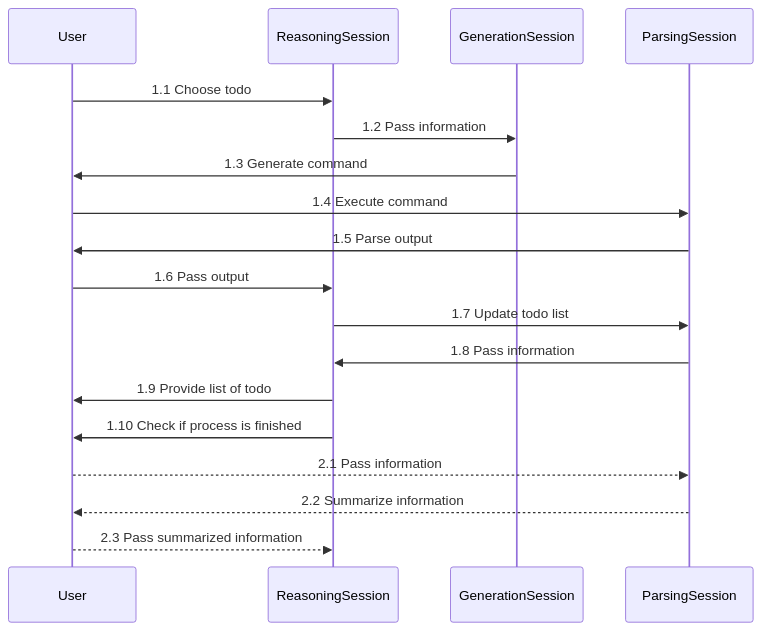
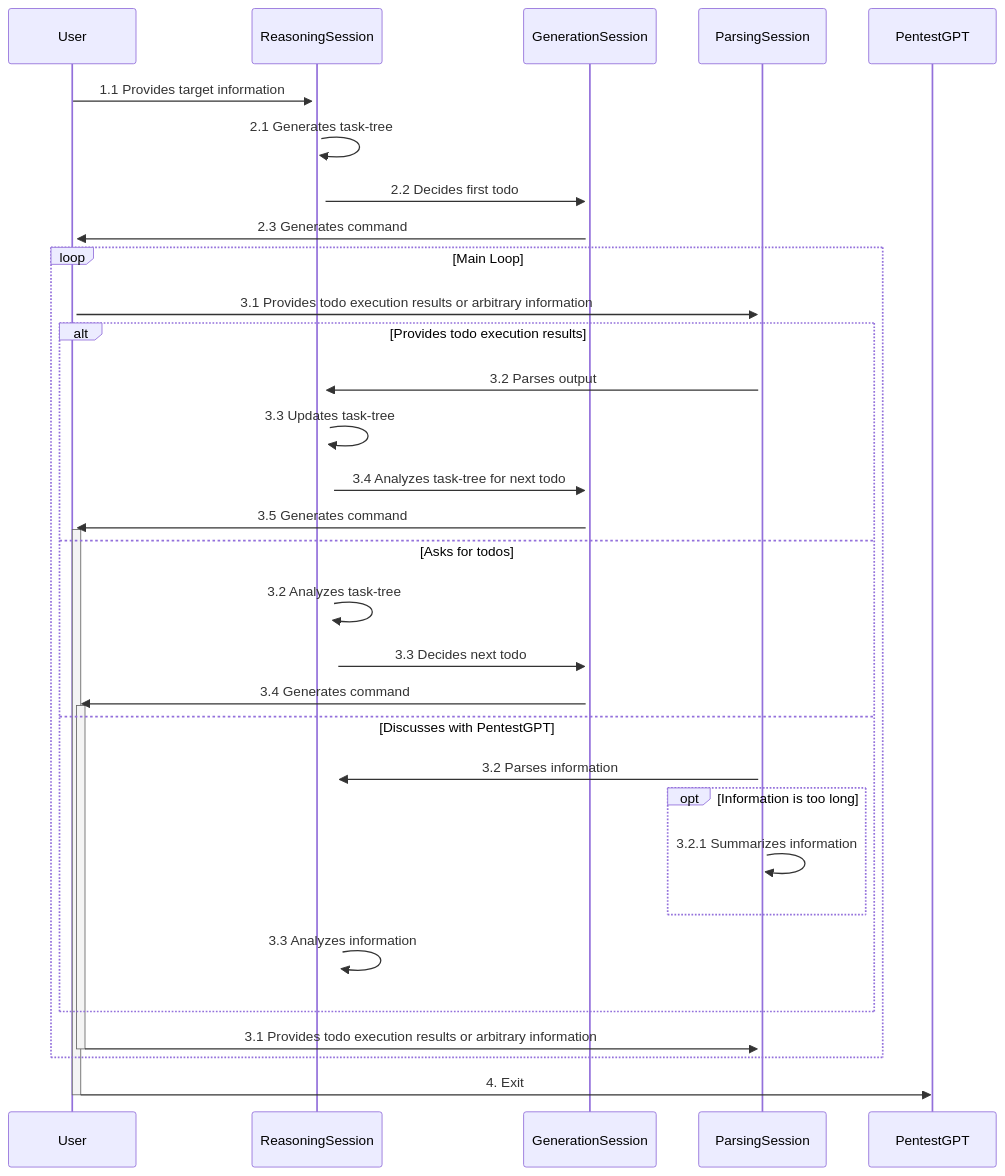
Before and after one commit to YasodGinige/AP-Artifact: the diagram in PentestGPT_design.md, drawn with Mermaid. The commit also changed other lines of this file and 6 other files, not shown here.

````diff
--- a/PentestGPT_design.md
+++ b/PentestGPT_design.md
@@ -42,22 +48,34 @@
 ```mermaid
 sequenceDiagram
     participant User
     participant ReasoningSession
     participant GenerationSession
     participant ParsingSession
 
-    User->>ReasoningSession: 1.1 Choose todo
-    ReasoningSession->>GenerationSession: 1.2 Pass information
-    GenerationSession->>User: 1.3 Generate command
-    User->>ParsingSession: 1.4 Execute command
-    ParsingSession->>User: 1.5 Parse output
-    User->>ReasoningSession: 1.6 Pass output
-    ReasoningSession->>ParsingSession: 1.7 Update todo list
-    ParsingSession->>ReasoningSession: 1.8 Pass information
-    ReasoningSession->>User: 1.9 Provide list of todo
-    ReasoningSession->>User: 1.10 Check if process is finished
+    User->>+ReasoningSession: 1.1 Provides target information
+    ReasoningSession->>+ReasoningSession: 2.1 Generates task-tree
+    ReasoningSession->>+GenerationSession: 2.2 Decides first todo
+    GenerationSession->>+User: 2.3 Generates command
+    loop Main Loop
+        User->>+ParsingSession: 3.1 Provides todo execution results or arbitrary information
+        alt Provides todo execution results
+            ParsingSession->>+ReasoningSession: 3.2 Parses output
+            ReasoningSession->>+ReasoningSession: 3.3 Updates task-tree
+            ReasoningSession->>+GenerationSession: 3.4 Analyzes task-tree for next todo
+            GenerationSession->>+User: 3.5 Generates command
+        else Asks for todos
+            ReasoningSession->>+ReasoningSession: 3.2 Analyzes task-tree
+            ReasoningSession->>+GenerationSession: 3.3 Decides next todo
+            GenerationSession->>+User: 3.4 Generates command
+        else Discusses with PentestGPT
+            ParsingSession->>+ReasoningSession: 3.2 Parses information
+            opt Information is too long
+                ParsingSession->>+ParsingSession: 3.2.1 Summarizes information
+            end
+            ReasoningSession->>+ReasoningSession: 3.3 Analyzes information
+        end
+        User->>-ParsingSession: 3.1 Provides todo execution results or arbitrary information
+    end
+    User->>-PentestGPT: 4. Exit
 
-    User-->>ParsingSession: 2.1 Pass information
-    ParsingSession-->>User: 2.2 Summarize information
-    User-->>ReasoningSession: 2.3 Pass summarized information
 ```
````
